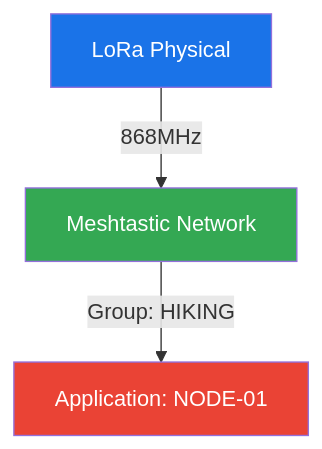
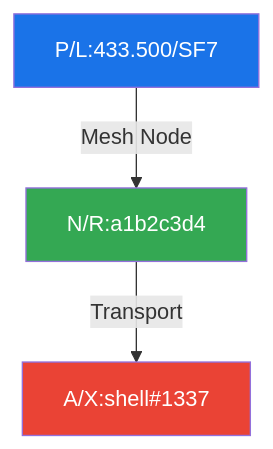
The second of 3 diagrams in README.md (gretel/ramp), drawn with Mermaid before and after one commit. The commit also changed other lines of this file, not shown here.

````diff
--- a/README.md
+++ b/README.md
@@ -91,9 +53,9 @@
 ```mermaid
 graph TB
-    PHY[LoRa Physical] -->|868MHz| NET[Meshtastic Network]
-    NET -->|Group: HIKING| APP[Application: NODE-01]
+   P1[P/L:433.500/SF7] -->|Mesh Node| N1[N/R:a1b2c3d4]
+   N1 -->|Transport| A1[A/X:shell#1337]
 
-    style PHY fill:#1a73e8,color:white
-    style NET fill:#34a853,color:white
-    style APP fill:#ea4335,color:white
+   style P1 fill:#1a73e8,color:white
+   style N1 fill:#34a853,color:white
+   style A1 fill:#ea4335,color:white
 ```
````
